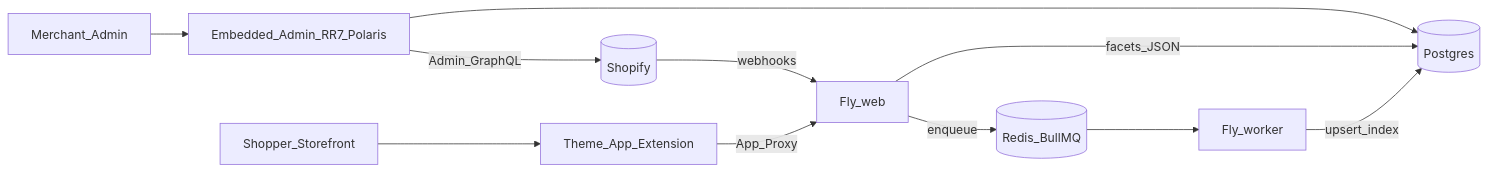
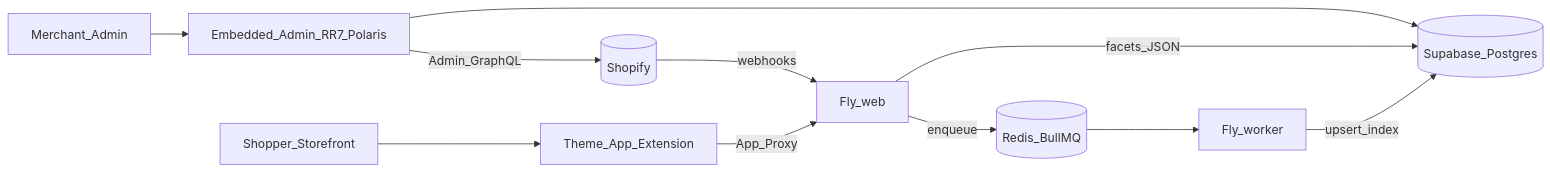
The diagram in docs/APP-FLOW-AND-SETUP.md (Hunani-Infotech/Findly--filters-and-search), drawn with Mermaid before and after one commit. The commit also changed other lines of this file and 9 other files, not shown here.

````diff
--- a/docs/APP-FLOW-AND-SETUP.md
+++ b/docs/APP-FLOW-AND-SETUP.md
@@ -11,13 +11,13 @@
 ```mermaid
 flowchart LR
   Merchant[Merchant_Admin] --> Admin[Embedded_Admin_RR7_Polaris]
   Admin -->|Admin_GraphQL| Shopify[(Shopify)]
   Shopify -->|webhooks| Web[Fly_web]
   Web -->|enqueue| Redis[(Redis_BullMQ)]
   Redis --> Worker[Fly_worker]
-  Worker -->|upsert_index| PG[(Postgres)]
+  Worker -->|upsert_index| PG[(Supabase_Postgres)]
   Admin --> PG
   Shopper[Shopper_Storefront] --> TEA[Theme_App_Extension]
   TEA -->|App_Proxy| Web
   Web -->|facets_JSON| PG
 ```
````
